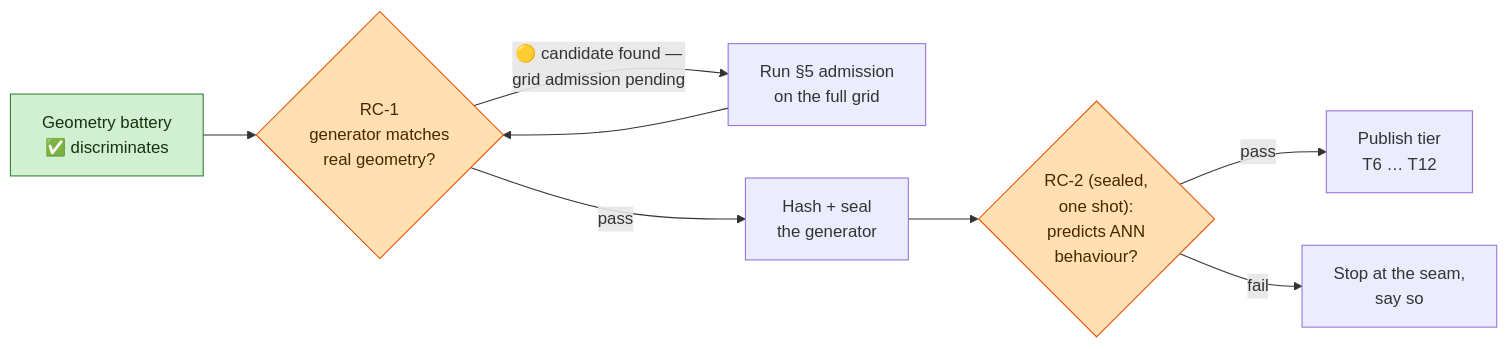
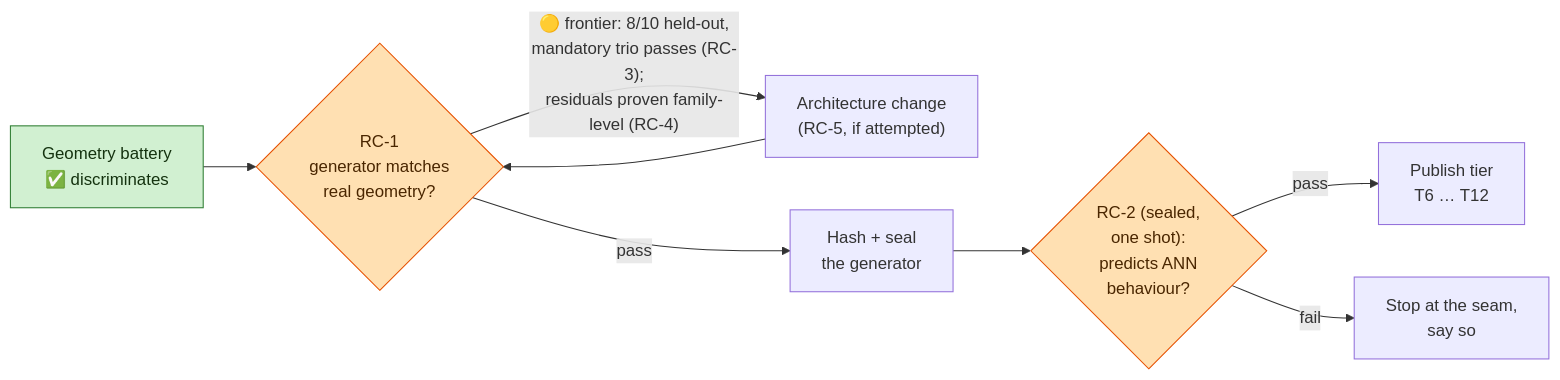
One commit to ahb-sjsu/openvector-bench changed the second of 2 diagrams in README.md. Above: the diagram before and after it, drawn with Mermaid. The commit also changed other lines of this file and 78 other files, not shown here.

````diff
--- a/README.md
+++ b/README.md
@@ -130,14 +133,14 @@
 ```mermaid
 flowchart LR
     B["Geometry battery<br/>✅ discriminates"] --> R1{"RC-1<br/>generator matches<br/>real geometry?"}
-    R1 -->|"🟡 candidate found —<br/>grid admission pending"| FIT["Run §5 admission<br/>on the full grid"]
+    R1 -->|"🟡 frontier: 8/10 held-out,<br/>mandatory trio passes (RC-3);<br/>residuals proven family-level (RC-4)"| FIT["Architecture change<br/>(RC-5, if attempted)"]
     FIT --> R1
     R1 -->|pass| SEAL["Hash + seal<br/>the generator"]
     SEAL --> R2{"RC-2 (sealed,<br/>one shot):<br/>predicts ANN<br/>behaviour?"}
     R2 -->|pass| PUB["Publish tier<br/>T6 … T12"]
     R2 -->|fail| STOP["Stop at the seam,<br/>say so"]
     classDef done fill:#d1f0d1,stroke:#2e7d32,color:#14320f;
     classDef block fill:#ffe0b2,stroke:#e65100,color:#4a2600;
     class B done;
     class R1,R2 block;
 ```
````
